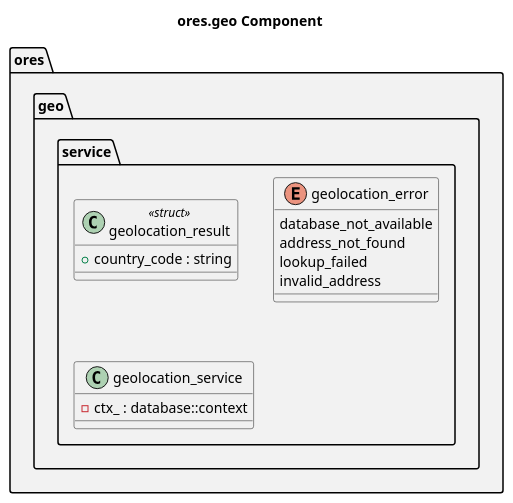
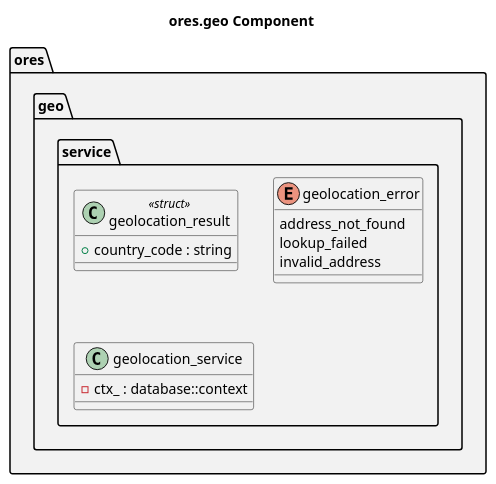
Before and after one commit to OreStudio/OreStudio: the diagram in projects/ores.geo/modeling/ores.geo.puml, drawn with PlantUML. The commit also changed 7 other files, not shown here.

```diff
--- a/projects/ores.geo/modeling/ores.geo.puml
+++ b/projects/ores.geo/modeling/ores.geo.puml
@@ -18,31 +18,30 @@
 @startuml
 
 title ores.geo Component
 
 set namespaceSeparator ::
 
 namespace ores #F2F2F2 {
     namespace geo #F2F2F2 {
         namespace service #F2F2F2 {
             class geolocation_result <<struct>> {
                 +country_code : string
             }
             enum geolocation_error {
-                database_not_available
                 address_not_found
                 lookup_failed
                 invalid_address
             }
             class geolocation_service {
                 -ctx_ : database::context
             }
         }
     }
 }
 
 ' --- manual: everything below this line is hand-authored; the script preserves it ---
 
 ' Local Variables:
 ' compile-command: "java -Djava.awt.headless=true -DPLANTUML_SECURITY_PROFILE=UNSECURE -DPLANTUML_LIMIT_SIZE=65535 -jar /usr/share/plantuml/plantuml.jar ores.geo.puml"
 ' End:
 @enduml
```
